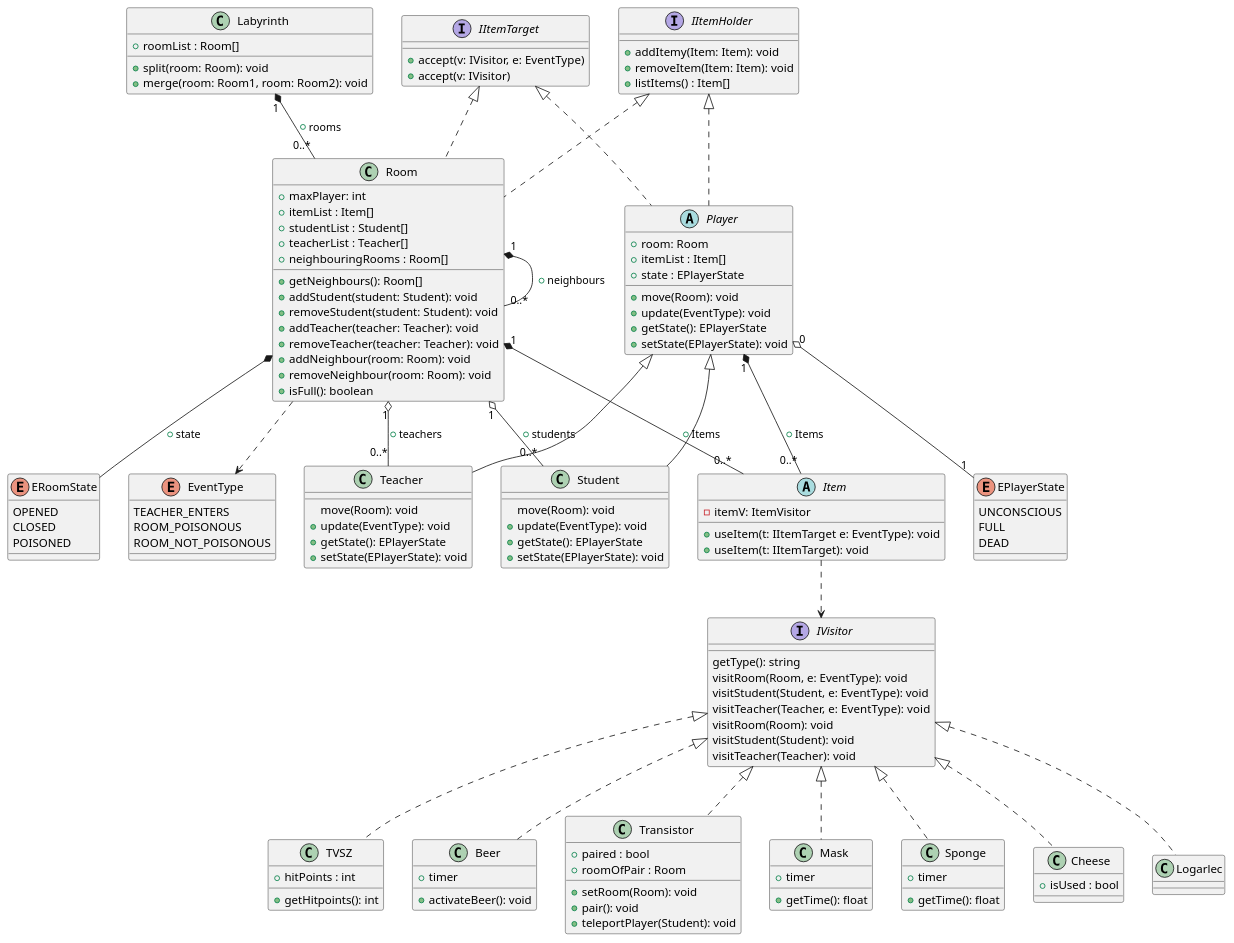
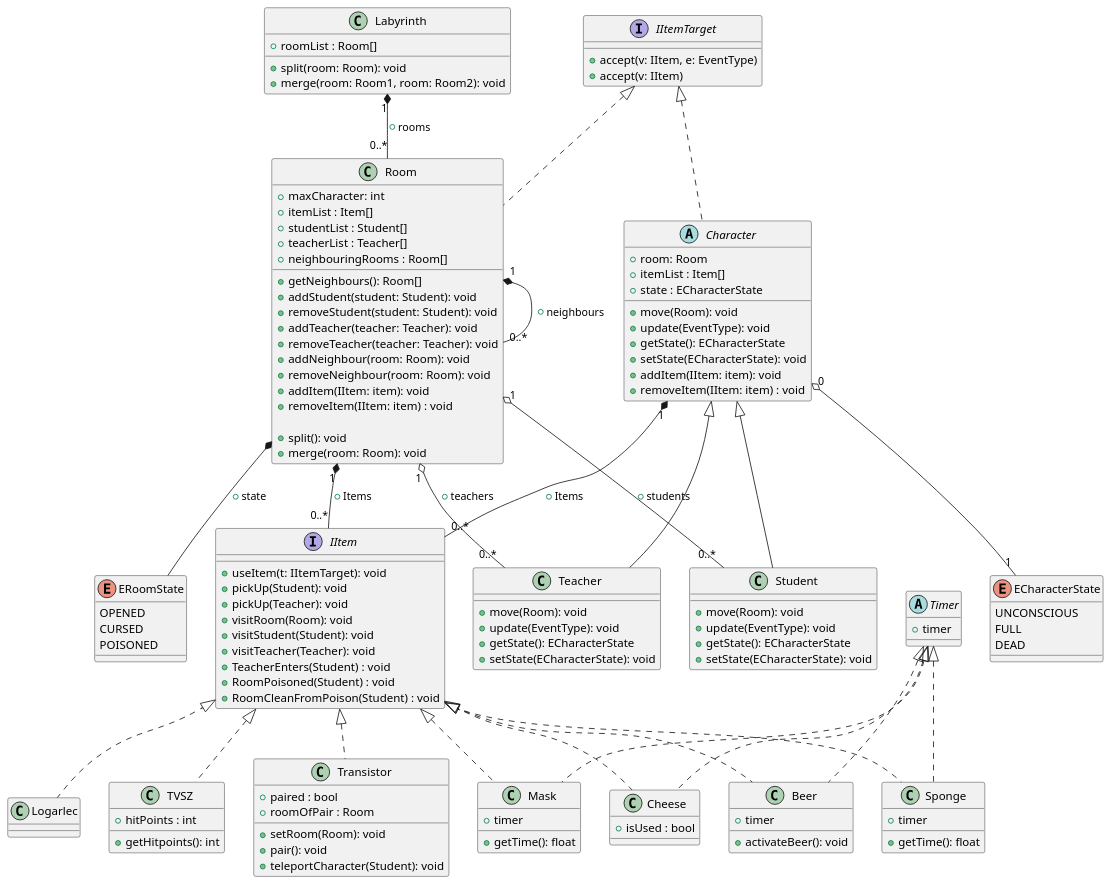
One commit to MBakter/echo changed the diagram in out/docs/UML/Class_UML.plantuml. Above: the diagram before and after it, drawn with PlantUML.

Commit message:
Update class UML #1

```diff
--- a/out/docs/UML/Class_UML.plantuml
+++ b/out/docs/UML/Class_UML.plantuml
@@ -1,150 +1,148 @@
 @startuml UML
 
 class Labyrinth {
     +roomList : Room[]
 
     +split(room: Room): void
     +merge(room: Room1, room: Room2): void
 }
 
-class Room implements IItemHolder, IItemTarget{
-    + maxPlayer: int
+/' Removed implementing IItemHolder '/
+class Room implements IItemTarget{
+    + maxCharacter: int
     + itemList : Item[]
     + studentList : Student[]
     + teacherList : Teacher[]
     + neighbouringRooms : Room[]
 
-    +getNeighbours(): Room[]
-    +addStudent(student: Student): void
-    +removeStudent(student: Student): void
-    +addTeacher(teacher: Teacher): void
-    +removeTeacher(teacher: Teacher): void
-    +addNeighbour(room: Room): void
-    +removeNeighbour(room: Room): void   
-    +isFull(): boolean
+    + getNeighbours(): Room[]
+    + addStudent(student: Student): void
+    + removeStudent(student: Student): void
+    + addTeacher(teacher: Teacher): void
+    + removeTeacher(teacher: Teacher): void
+    + addNeighbour(room: Room): void
+    + removeNeighbour(room: Room): void
+    + addItem(IItem: item): void
+    + removeItem(IItem: item) : void
+
+    + split(): void
+    + merge(room: Room): void
 }
 
-enum EPlayerState {
+enum ECharacterState {
     UNCONSCIOUS
     FULL
     DEAD
 }
 
-abstract class Player implements IItemHolder, IItemTarget{
+/' Removed implementing IItemHolder '/
+abstract class Character implements IItemTarget{
     + room: Room
     +itemList : Item[]
-    +state : EPlayerState
+    +state : ECharacterState
 
     + move(Room): void
     + update(EventType): void
-    + getState(): EPlayerState
-    + setState(EPlayerState): void
+    + getState(): ECharacterState
+    + setState(ECharacterState): void
+    + addItem(IItem: item): void
+    + removeItem(IItem: item) : void
 }
 
-Player "0" o-- "1" EPlayerState
+Character "0" o-- "1" ECharacterState
 
-interface IVisitor {
-    getType(): string
-    visitRoom(Room, e: EventType): void
-    visitStudent(Student, e: EventType): void
-    visitTeacher(Teacher, e: EventType): void
-    visitRoom(Room): void
-    visitStudent(Student): void
-    visitTeacher(Teacher): void
-}
-
-abstract class Item{
-    -itemV: ItemVisitor
-    + useItem(t: IItemTarget e: EventType): void
+interface IItem {
     + useItem(t: IItemTarget): void
+    + pickUp(Student): void
+    + pickUp(Teacher): void
+    + visitRoom(Room): void
+    + visitStudent(Student): void
+    + visitTeacher(Teacher): void
+    + TeacherEnters(Student) : void
+    + RoomPoisoned(Student) : void
+    + RoomCleanFromPoison(Student) : void
 }
 
 interface IItemTarget{
-    + accept(v: IVisitor, e: EventType)
-    + accept(v: IVisitor)
+    + accept(v: IItem, e: EventType)
+    + accept(v: IItem)
 }
 
-class Teacher extends Player{
-    move(Room): void
+class Teacher extends Character{
+    + move(Room): void
     + update(EventType): void
-    + getState(): EPlayerState
-    + setState(EPlayerState): void
+    + getState(): ECharacterState
+    + setState(ECharacterState): void
 }
 
-class Student extends Player{
-    move(Room): void
+class Student extends Character{
+    + move(Room): void
     + update(EventType): void
-    + getState(): EPlayerState
-    + setState(EPlayerState): void
+    + getState(): ECharacterState
+    + setState(ECharacterState): void
 }
 
-interface IItemHolder {
+/' interface IItemHolder {
     + addItemy(Item: Item): void
     + removeItem(Item: Item): void
-    + listItems() : Item[]
-}
+} '/
 
 enum ERoomState {
     OPENED
-    CLOSED
+    CURSED
     POISONED
 }
 
-enum EventType {
-    TEACHER_ENTERS
-    ROOM_POISONOUS
-    ROOM_NOT_POISONOUS
+abstract class Timer {
+    + timer
 }
-Room ..> EventType
 
-class TVSZ implements IVisitor {
+class TVSZ implements IItem {
     +hitPoints : int
 
     + getHitpoints(): int
 }
 
-class Beer implements IVisitor {
+class Beer implements IItem, Timer {
     + timer
 
     + activateBeer(): void
 }
 
-class Transistor implements IVisitor  {
+class Transistor implements IItem  {
     + paired : bool
     + roomOfPair : Room
 
     + setRoom(Room): void
     + pair(): void
-    + teleportPlayer(Student): void
+    + teleportCharacter(Student): void
 }
 
-class Mask implements IVisitor  {
+class Mask implements IItem, Timer  {
     + timer
 
     + getTime(): float
 }
 
-class Sponge  implements IVisitor  {
+class Sponge  implements IItem, Timer  {
     + timer
 
     + getTime(): float
 }
 
-class Cheese  implements IVisitor {
+class Cheese  implements IItem, Timer {
     + isUsed : bool
 }
 
-class Logarlec  implements IVisitor  {
+class Logarlec  implements IItem  {
 }
 
 Room "1" o-- "0..*" Student: + students
 Room "1" o-- "0..*" Teacher: + teachers
 Room "1" *-- "0..*" Room: + neighbours
-Player "1" *-- "0..*" Item: + Items
-Room "1" *-- "0..*" Item: + Items
+Character "1" *-- "0..*" IItem: + Items
+Room "1" *-- "0..*" IItem: + Items
 Room *-- ERoomState: + state
 Labyrinth "1" *-- "0..*" Room: + rooms
 
-Item ..> IVisitor
-
 @enduml
```
